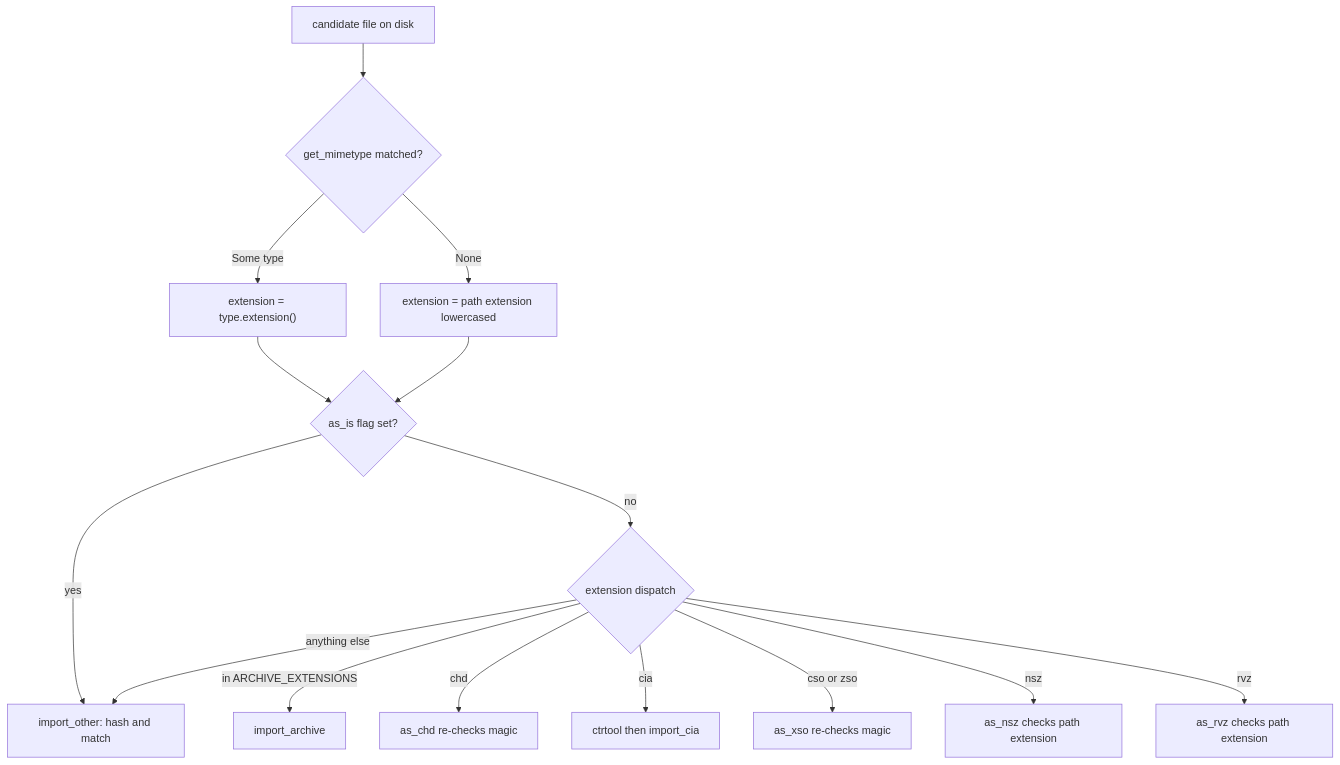
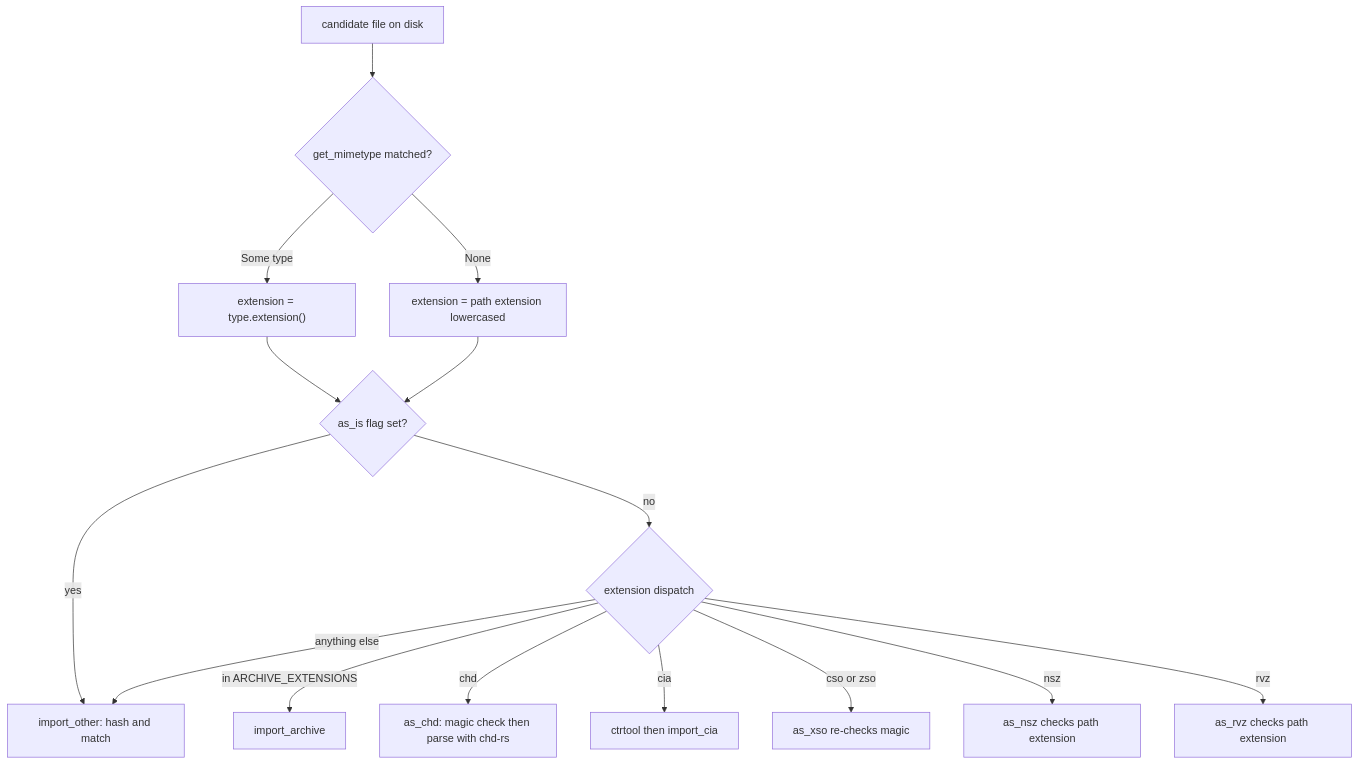
Before and after one commit to alucryd/oxyromon: the diagram in openwiki/concepts/file-type-detection-and-extensions.md, drawn with Mermaid. The commit also changed other lines of this file and 69 other files, not shown here.

````diff
--- a/openwiki/concepts/file-type-detection-and-extensions.md
+++ b/openwiki/concepts/file-type-detection-and-extensions.md
@@ -154,17 +174,17 @@
 ```mermaid
 flowchart TD
     F["candidate file on disk"] --> Q{"get_mimetype matched?"}
     Q -- "Some type" --> E1["extension = type.extension()"]
     Q -- "None" --> E2["extension = path extension lowercased"]
     E1 --> AS{"as_is flag set?"}
     E2 --> AS
     AS -- "yes" --> O["import_other: hash and match"]
     AS -- "no" --> D{"extension dispatch"}
     D -- "in ARCHIVE_EXTENSIONS" --> A["import_archive"]
-    D -- "chd" --> C["as_chd re-checks magic"]
+    D -- "chd" --> C["as_chd: magic check then parse with chd-rs"]
     D -- "cia" --> CIA["ctrtool then import_cia"]
     D -- "cso or zso" --> X["as_xso re-checks magic"]
     D -- "nsz" --> N["as_nsz checks path extension"]
     D -- "rvz" --> R["as_rvz checks path extension"]
     D -- "anything else" --> O
 ```
````
